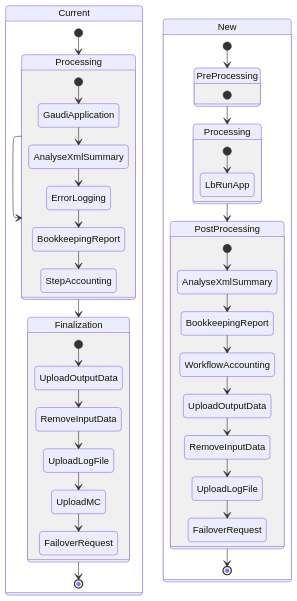
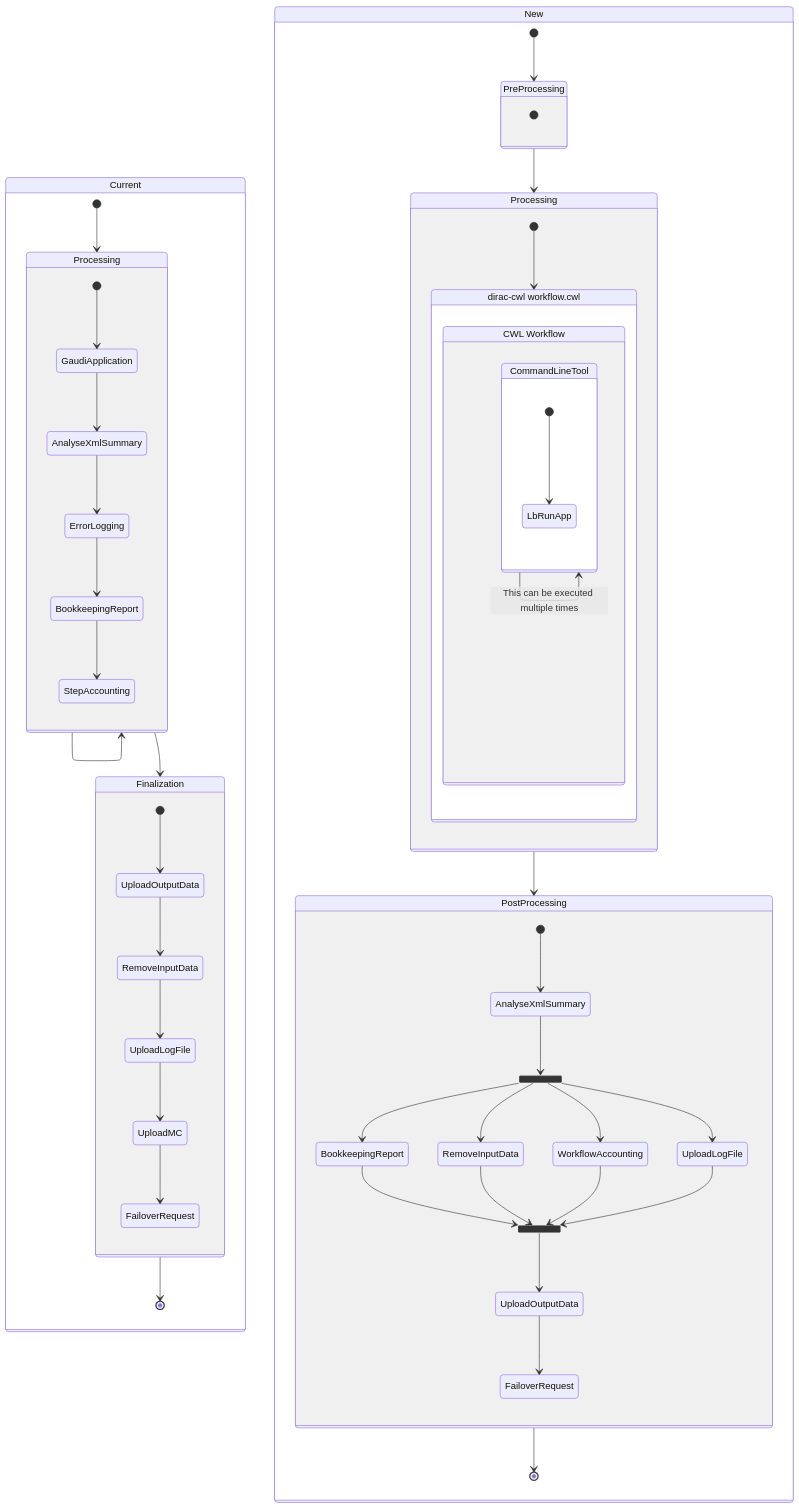
The fourth of 5 diagrams in docs/design/lhcb-workflows.md (DIRACGrid/dirac-cwl), drawn with Mermaid before and after one commit. The commit also changed other lines of this file, not shown here.

First line of the commit message:
chore(docs): Add forks for parallelly executed commands

````diff
--- a/docs/design/lhcb-workflows.md
+++ b/docs/design/lhcb-workflows.md
@@ -211,8 +235,4 @@
 ```mermaid
----
-config:
-    layout: elk
----
 stateDiagram
     direction TB
 
@@ -264,12 +284,30 @@
         }
 
         state Processing_New {
-            LbRunApp_New: LbRunApp
+            Execution_New: dirac-cwl workflow.cwl
 
-            [*] --> LbRunApp_New
+            state Execution_New {
+                Workflow_New: CWL Workflow
+
+                state Workflow_New {
+                    CLT_New: CommandLineTool
+
+                    state CLT_New {
+                        LbRunApp_New: LbRunApp
+                        [*] --> LbRunApp_New
+                    }
+
+                    CLT_New --> CLT_New: This can be executed multiple times
+                }
+            }
+
+            [*] --> Execution_New
         }
 
         state PostProcessing_New {
+            state fork_state <<fork>>
+            state join_state <<join>>
+
             AnalyseXmlSummary_New: AnalyseXmlSummary
             UploadLogFile_New: UploadLogFile
             UploadOutputData_New: UploadOutputData
@@ -279,12 +317,17 @@
             RemoveInputData_New: RemoveInputData
 
             [*] --> AnalyseXmlSummary_New
-            AnalyseXmlSummary_New --> BookkeepingReport_New
-            BookkeepingReport_New --> WorkflowAccounting_New
-            WorkflowAccounting_New --> UploadOutputData_New
-            UploadOutputData_New --> RemoveInputData_New
-            RemoveInputData_New --> UploadLogFile_New
-            UploadLogFile_New --> FailoverRequest_New
+            AnalyseXmlSummary_New --> fork_state
+            fork_state --> BookkeepingReport_New
+            fork_state --> WorkflowAccounting_New
+            fork_state --> UploadLogFile_New
+            fork_state --> RemoveInputData_New
+            BookkeepingReport_New --> join_state
+            RemoveInputData_New --> join_state
+            WorkflowAccounting_New --> join_state
+            UploadLogFile_New --> join_state
+            join_state --> UploadOutputData_New
+            UploadOutputData_New --> FailoverRequest_New
         }
 
         [*] --> PreProcessing_New
````
